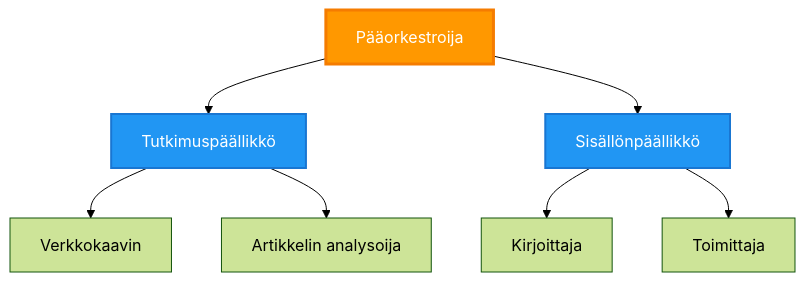
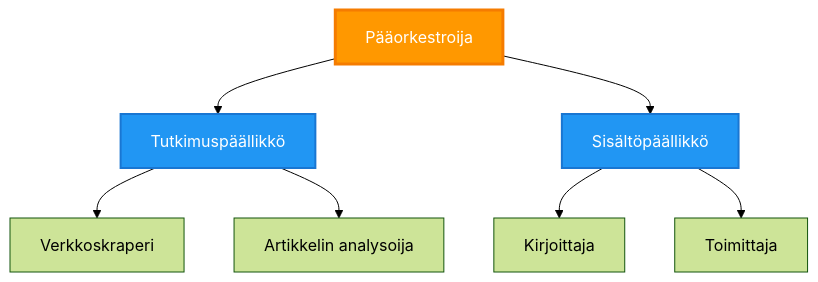
Before and after one commit to microsoft/AZD-for-beginners: the third of 6 diagrams in translations/fi/docs/chapter-06-pre-deployment/coordination-patterns.md, drawn with Mermaid (forest theme). The commit also changed other lines of this file and 101 other files, not shown here.

````diff
--- a/translations/fi/docs/chapter-06-pre-deployment/coordination-patterns.md
+++ b/translations/fi/docs/chapter-06-pre-deployment/coordination-patterns.md
@@ -149,21 +143,21 @@
 ```mermaid
 graph TB
     Master[Pääorkestroija]
     Manager1[Tutkimuspäällikkö]
-    Manager2[Sisällönpäällikkö]
-    W1[Verkkokaavin]
+    Manager2[Sisältöpäällikkö]
+    W1[Verkkoskraperi]
     W2[Artikkelin analysoija]
     W3[Kirjoittaja]
     W4[Toimittaja]
     
     Master --> Manager1
     Master --> Manager2
     Manager1 --> W1
     Manager1 --> W2
     Manager2 --> W3
     Manager2 --> W4
     
     style Master fill:#FF9800,stroke:#F57C00,stroke-width:3px,color:#fff
     style Manager1 fill:#2196F3,stroke:#1976D2,stroke-width:2px,color:#fff
     style Manager2 fill:#2196F3,stroke:#1976D2,stroke-width:2px,color:#fff
 ```
````
